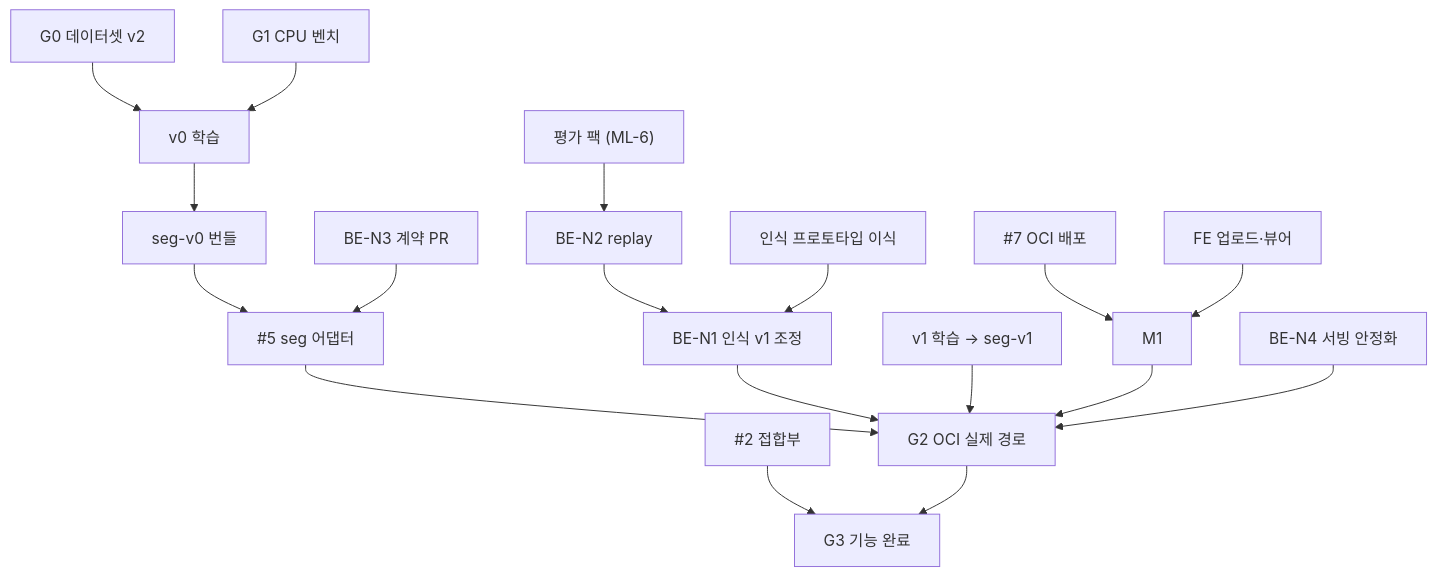
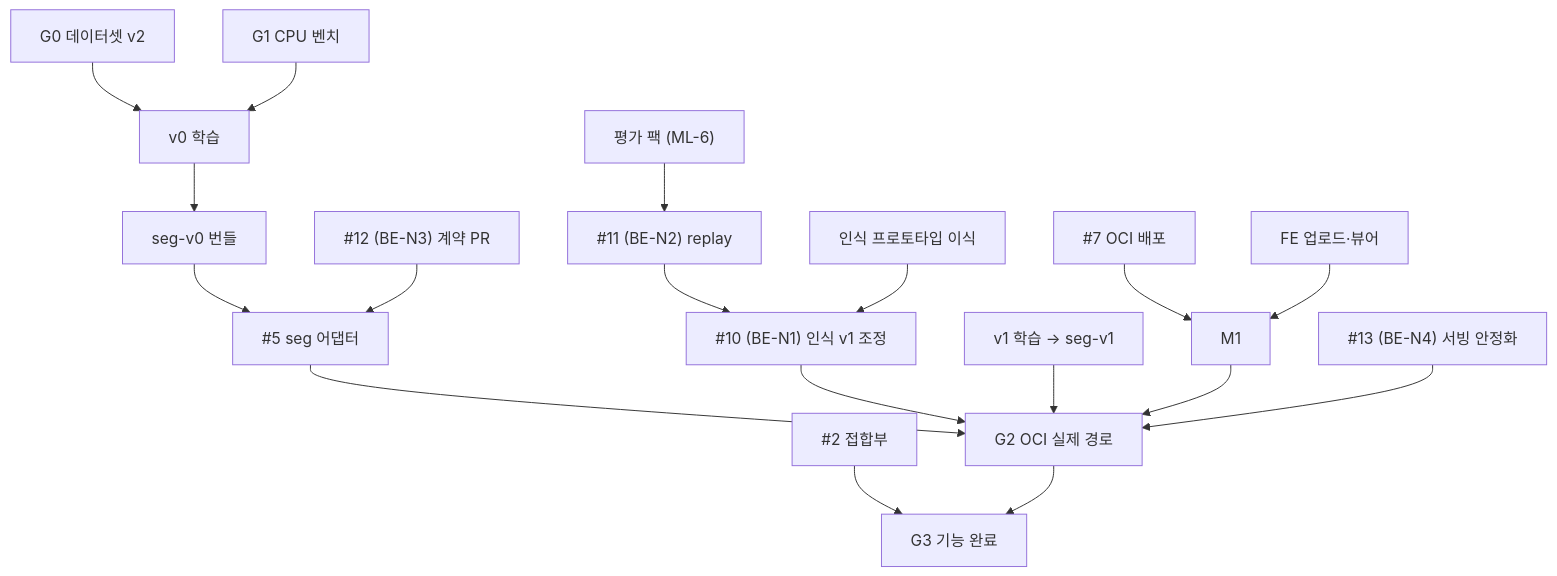
One commit to Auto-BIM/autobim-be changed the third of 3 diagrams in docs/project/ROADMAP.md. Above: the diagram before and after it, drawn with Mermaid. The commit also changed other lines of this file and 13 other files, not shown here.

````diff
--- a/docs/project/ROADMAP.md
+++ b/docs/project/ROADMAP.md
@@ -225,18 +225,18 @@
 ```mermaid
 flowchart TD
   G0["G0 데이터셋 v2"] --> V0["v0 학습"] --> B0["seg-v0 번들"]
   G1["G1 CPU 벤치"] --> V0
   B0 --> AD["#5 seg 어댑터"]
-  C1["BE-N3 계약 PR"] --> AD
-  P["평가 팩 (ML-6)"] --> RP["BE-N2 replay"] --> R1["BE-N1 인식 v1 조정"]
+  C1["#12 (BE-N3) 계약 PR"] --> AD
+  P["평가 팩 (ML-6)"] --> RP["#11 (BE-N2) replay"] --> R1["#10 (BE-N1) 인식 v1 조정"]
   PROTO["인식 프로토타입 이식"] --> R1
   AD --> G2["G2 OCI 실제 경로"]
   R1 --> G2
   V1["v1 학습 → seg-v1"] --> G2
   OCI["#7 OCI 배포"] --> M1["M1"]
   FE["FE 업로드·뷰어"] --> M1
   M1 --> G2
-  ST["BE-N4 서빙 안정화"] --> G2
+  ST["#13 (BE-N4) 서빙 안정화"] --> G2
   J["#2 접합부"] --> G3["G3 기능 완료"]
   G2 --> G3
 ```
````
